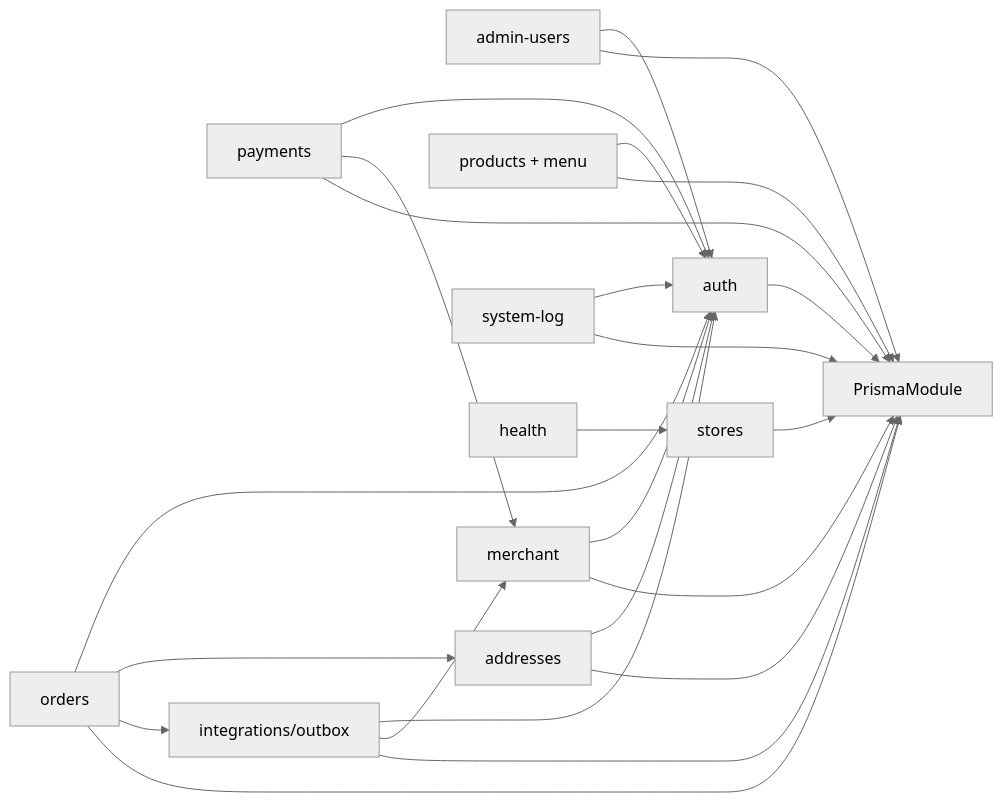
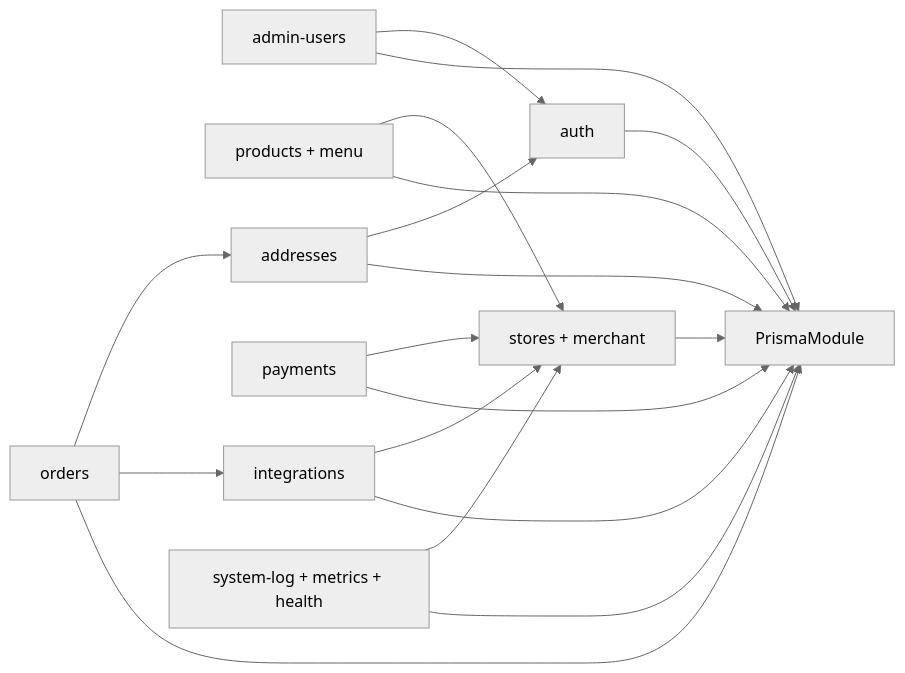
One commit to ZhangNoName/LingDian changed the second of 3 diagrams in docs/11-system-structure.md. Above: the diagram before and after it, drawn with Mermaid (neutral theme). The commit also changed other lines of this file and 178 other files, not shown here.

````diff
--- a/docs/11-system-structure.md
+++ b/docs/11-system-structure.md
@@ -116,40 +78,32 @@
 ```mermaid
 flowchart LR
   Auth[auth]
-  AdminUsers[admin-users]
-  Merchant[merchant]
-  Store[stores]
+  Users[admin-users]
+  Store[stores + merchant]
   Catalog[products + menu]
   Address[addresses]
   Order[orders]
   Payment[payments]
-  Integration[integrations/outbox]
-  Logs[system-log]
-  Health[health]
+  Integration[integrations]
+  Ops[system-log + metrics + health]
   Prisma[PrismaModule]
 
-  AdminUsers --> Auth
-  Merchant --> Auth
+  Users --> Auth
   Address --> Auth
-  Catalog --> Auth
-  Order --> Auth
+  Catalog --> Store
   Order --> Address
   Order --> Integration
-  Payment --> Auth
-  Payment --> Merchant
-  Integration --> Auth
-  Integration --> Merchant
-  Logs --> Auth
+  Payment --> Store
+  Integration --> Store
+  Ops --> Store
 
   Auth --> Prisma
-  AdminUsers --> Prisma
-  Merchant --> Prisma
+  Users --> Prisma
   Store --> Prisma
   Catalog --> Prisma
   Address --> Prisma
   Order --> Prisma
   Payment --> Prisma
   Integration --> Prisma
-  Logs --> Prisma
-  Health --> Store
+  Ops --> Prisma
 ```
````
